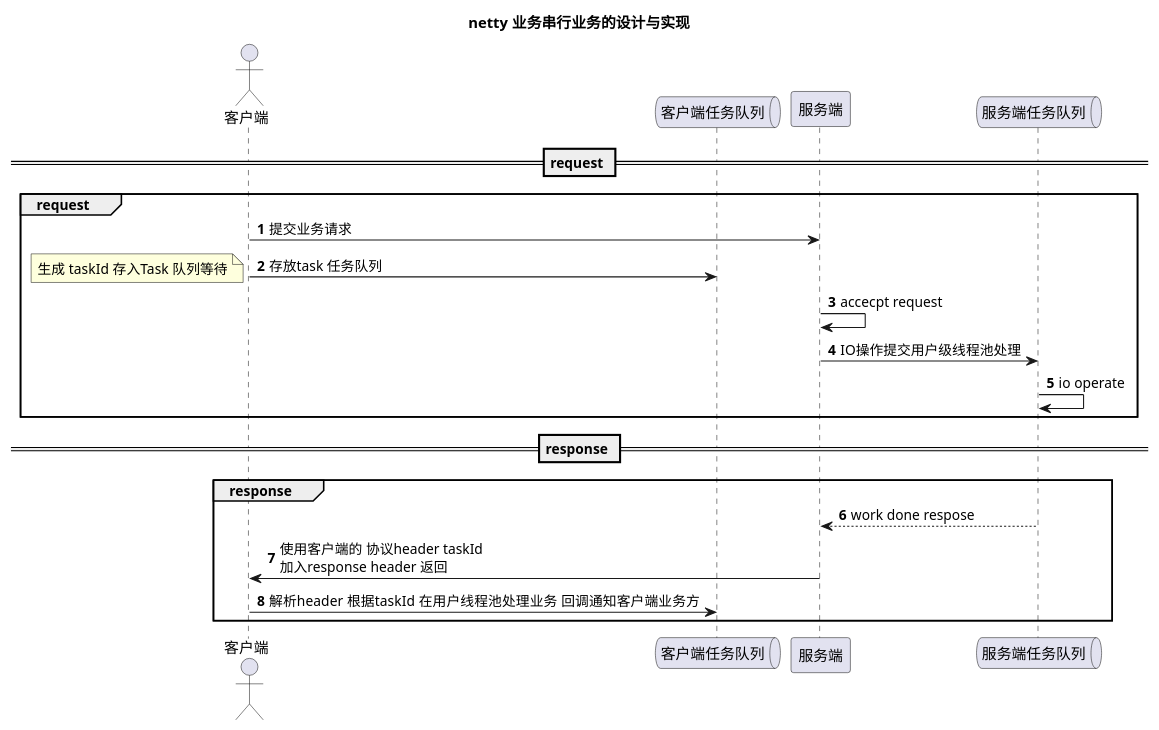
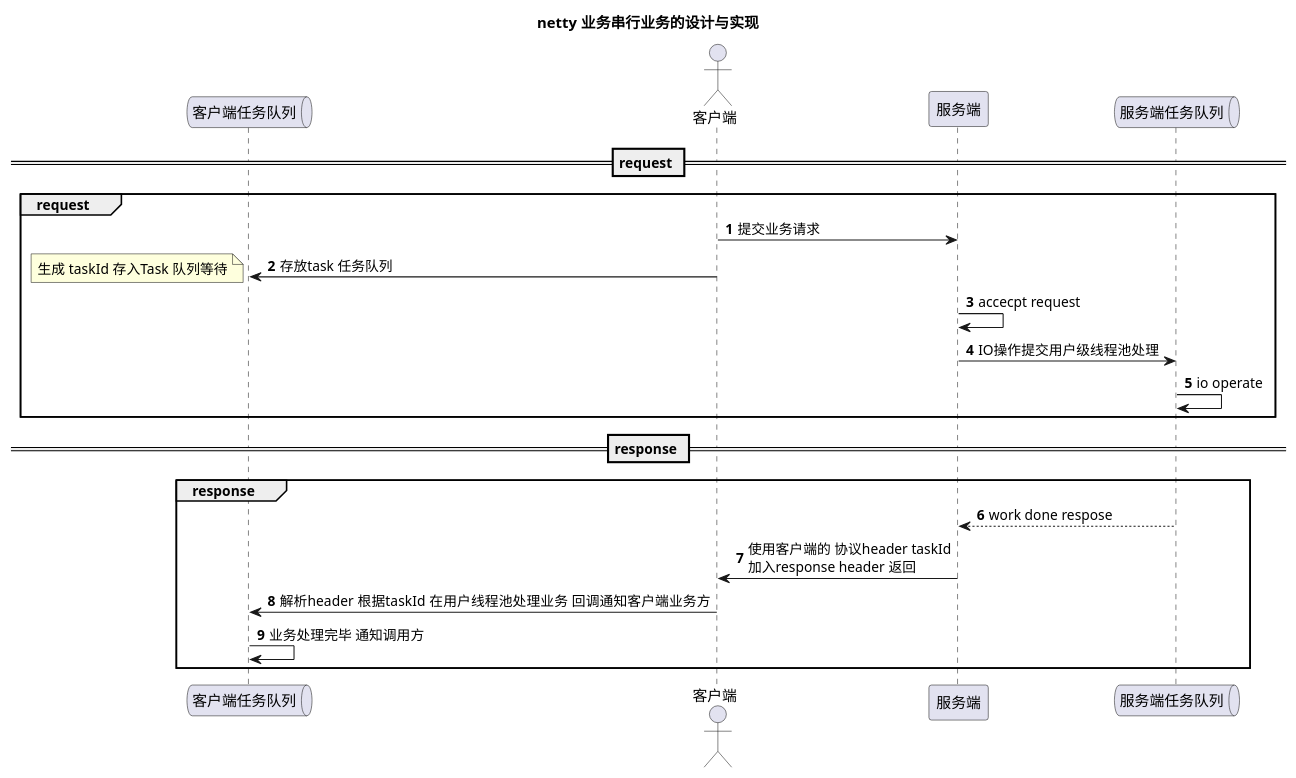
The diagram in doc/src/puml/基于netty实现自定义业务回调.puml (pengpengno/IFxIM), drawn with PlantUML before and after one commit.

```diff
--- a/doc/src/puml/基于netty实现自定义业务回调.puml
+++ b/doc/src/puml/基于netty实现自定义业务回调.puml
@@ -1,25 +1,26 @@
 @startuml
 'https://plantuml.com/sequence-diagram
 title  netty 业务串行业务的设计与实现
 autonumber
+Queue 客户端任务队列 as task
 actor 客户端 as client
-Queue 客户端任务队列 as task
 participant 服务端 as server
 Queue 服务端任务队列 as serverTask
 == request ==
 group request
 client ->  server : 提交业务请求
 client ->task : 存放task 任务队列
 note left : 生成 taskId 存入Task 队列等待
 server -> server : accecpt request
 server -> serverTask : IO操作提交用户级线程池处理
 serverTask -> serverTask : io operate
 end group
 ==  response ==
 group response
 serverTask --> server : work done respose
 server -> client : 使用客户端的 协议header taskId\n加入response header 返回
 client -> task : 解析header  根据taskId 在用户线程池处理业务 回调通知客户端业务方
+task ->task : 业务处理完毕 通知调用方
 end group
 
 @enduml
```
